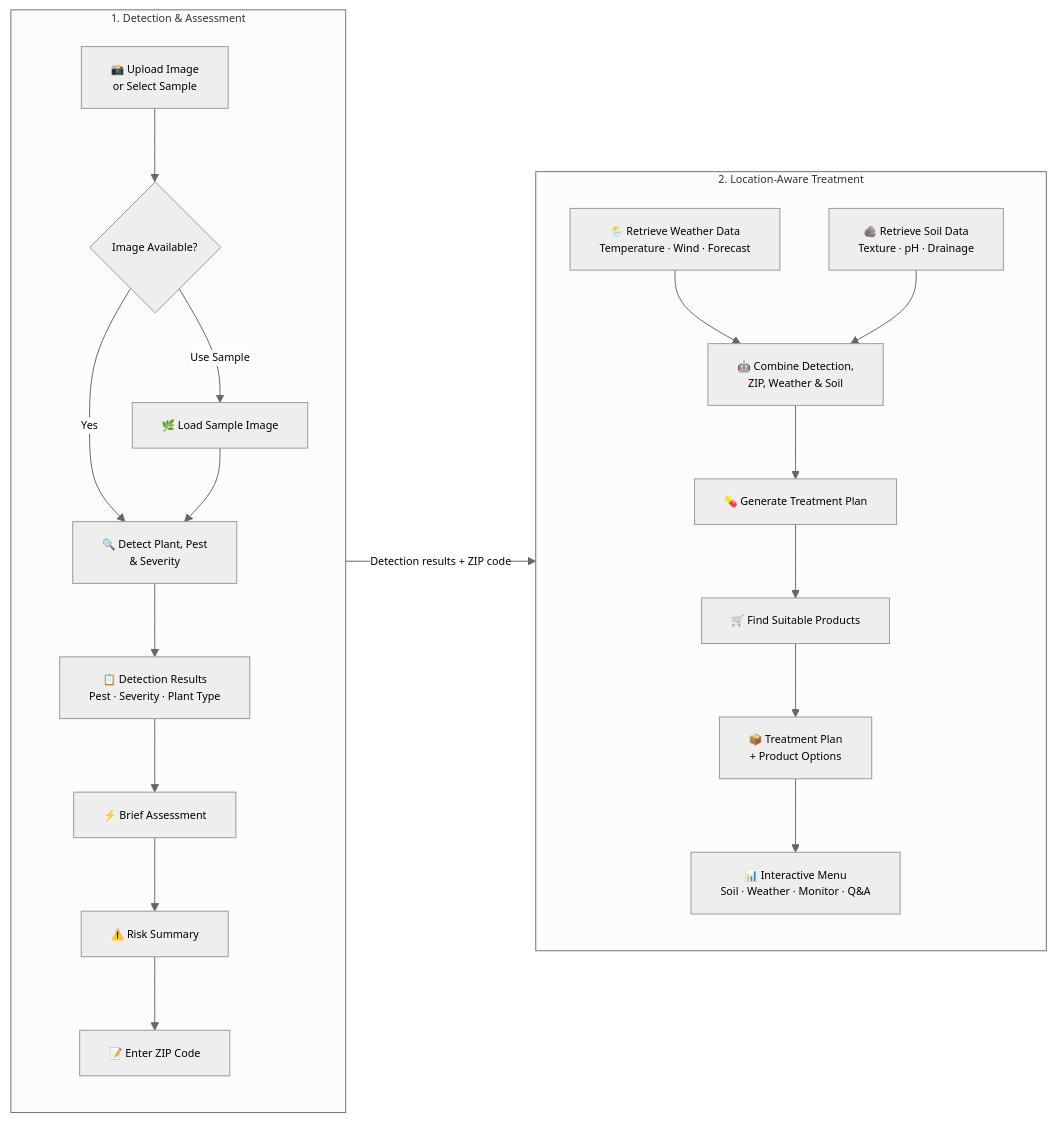
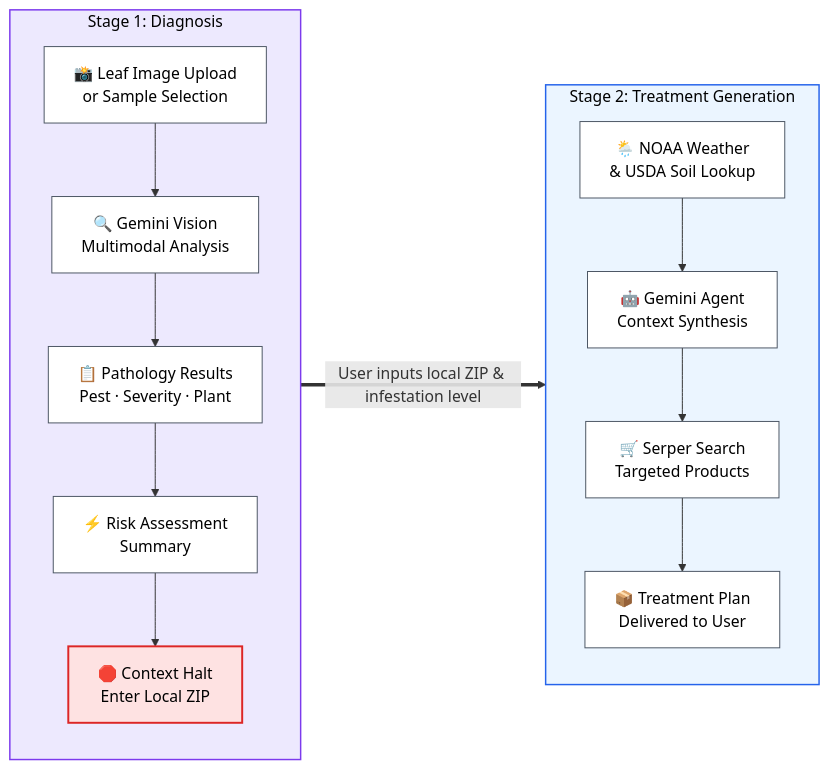
The diagram in workflow/01_agentic_detection_flow.md (the-write-path-code/ch09-plant-doctor), drawn with Mermaid before and after one commit. The commit also changed 3 other files, not shown here.

Commit message:
docs: align chapter 9 workflow diagrams with wiley monograph standards

````diff
--- a/workflow/01_agentic_detection_flow.md
+++ b/workflow/01_agentic_detection_flow.md
@@ -7,38 +7,33 @@
 ```mermaid
-%%{init: {"theme": "neutral", "themeVariables": {"fontFamily": "Arial, Helvetica, sans-serif", "fontSize": "11px", "actorFontSize": "11px", "noteFontSize": "10px", "messageFontSize": "10px"}}}%%
 flowchart LR
-    subgraph DET["1. Detection & Assessment"]
+    subgraph STAGE1 ["Stage 1: Diagnosis"]
         direction TB
-        A["📸 Upload Image<br/>or Select Sample"]
-        B{"Image Available?"}
-        C["🌿 Load Sample Image"]
-        D["🔍 Detect Plant, Pest<br/>& Severity"]
-        E["📋 Detection Results<br/>Pest · Severity · Plant Type"]
-        F["⚡ Brief Assessment"]
-        G["⚠️ Risk Summary"]
-        H["📝 Enter ZIP Code"]
-
-        A --> B
-        B -- Yes --> D
-        B -- Use Sample --> C --> D
-        D --> E --> F --> G --> H
+        A["📸 Leaf Image Upload<br/>or Sample Selection"]
+        B["🔍 Gemini Vision<br/>Multimodal Analysis"]
+        C["📋 Pathology Results<br/>Pest · Severity · Plant"]
+        D["⚡ Risk Assessment<br/>Summary"]
+        E["🛑 Context Halt<br/>Enter Local ZIP"]
+        A --> B --> C --> D --> E
     end
 
-    subgraph TRT["2. Location-Aware Treatment"]
+    subgraph STAGE2 ["Stage 2: Treatment Generation"]
         direction TB
-        I["🌦️ Retrieve Weather Data<br/>Temperature · Wind · Forecast"]
-        J["🪨 Retrieve Soil Data<br/>Texture · pH · Drainage"]
-        K["🤖 Combine Detection,<br/>ZIP, Weather & Soil"]
-        L["💊 Generate Treatment Plan"]
-        M["🛒 Find Suitable Products"]
-        N["📦 Treatment Plan<br/>+ Product Options"]
-        O["📊 Interactive Menu<br/>Soil · Weather · Monitor · Q&A"]
-
-        I --> K
-        J --> K
-        K --> L --> M --> N --> O
+        F["🌦️ NOAA Weather<br/>& USDA Soil Lookup"]
+        G["🤖 Gemini Agent<br/>Context Synthesis"]
+        H["🛒 Serper Search<br/>Targeted Products"]
+        I["📦 Treatment Plan<br/>Delivered to User"]
+        F --> G --> H --> I
     end
 
-    DET -->|"Detection results + ZIP code"| TRT
+    STAGE1 ==>|"User inputs local ZIP & infestation level"| STAGE2
 
+    classDef s1 fill:#EDE9FE,stroke:#7C3AED,color:#000000,stroke-width:1.5px
+    classDef s2 fill:#EBF5FF,stroke:#2563EB,color:#000000,stroke-width:1.5px
+    classDef halt fill:#FEE2E2,stroke:#DC2626,color:#000000,stroke-width:2px
+    classDef node fill:#FFFFFF,stroke:#4B5563,color:#000000,stroke-width:1px
+
+    class STAGE1 s1
+    class STAGE2 s2
+    class E halt
+    class A,B,C,D,F,G,H,I node
 ```
````
